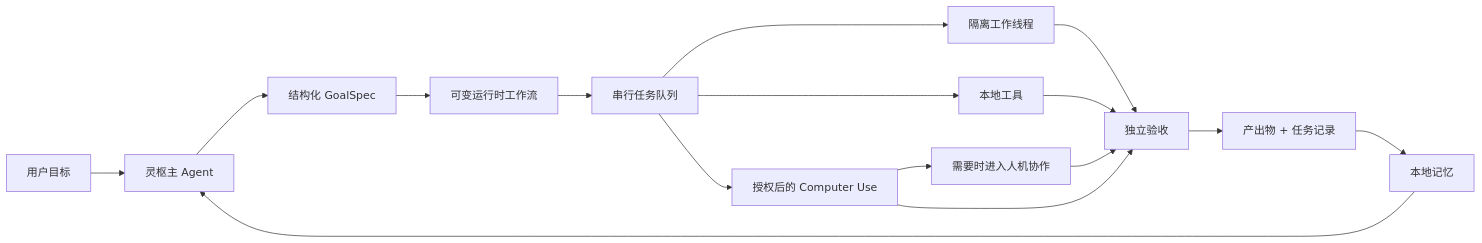
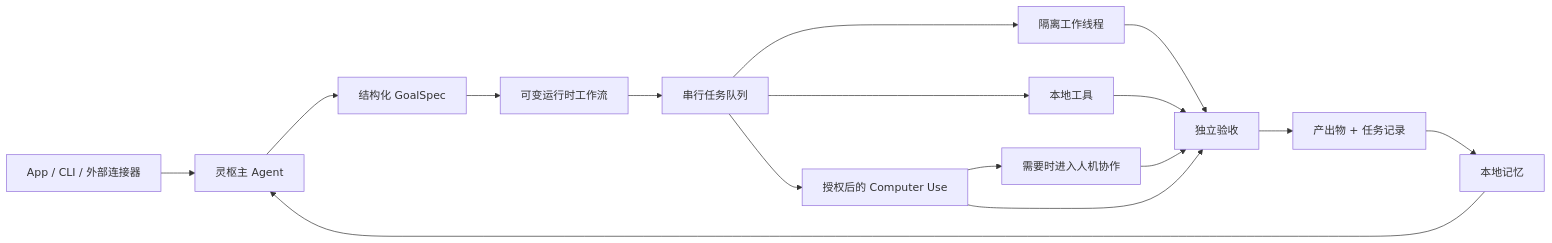
Before and after one commit to RoyZhao1991/LingShu: the diagram in README.zh-CN.md, drawn with Mermaid. The commit also changed other lines of this file and 85 other files, not shown here.

````diff
--- a/README.zh-CN.md
+++ b/README.zh-CN.md
@@ -71,18 +71,18 @@
 ```mermaid
 flowchart LR
-    U["用户目标"] --> B["灵枢主 Agent"]
+    U["App / CLI / 外部连接器"] --> B["灵枢主 Agent"]
     B --> G["结构化 GoalSpec"]
     G --> R["可变运行时工作流"]
     R --> Q["串行任务队列"]
     Q --> W1["隔离工作线程"]
     Q --> W2["本地工具"]
     Q --> W3["授权后的 Computer Use"]
     W3 --> H["需要时进入人机协作"]
     H --> V["独立验收"]
     W1 --> V["独立验收"]
     W2 --> V
     W3 --> V
     V --> A["产出物 + 任务记录"]
     A --> M["本地记忆"]
     M --> B
 ```
````
